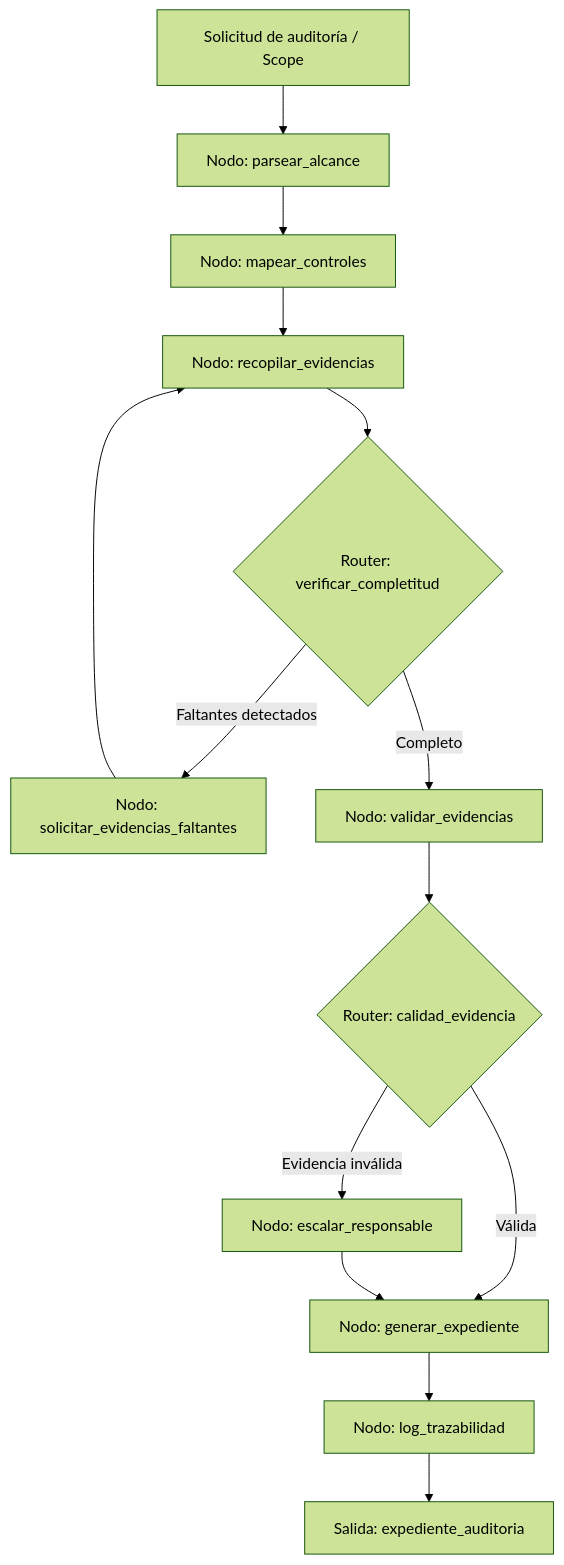
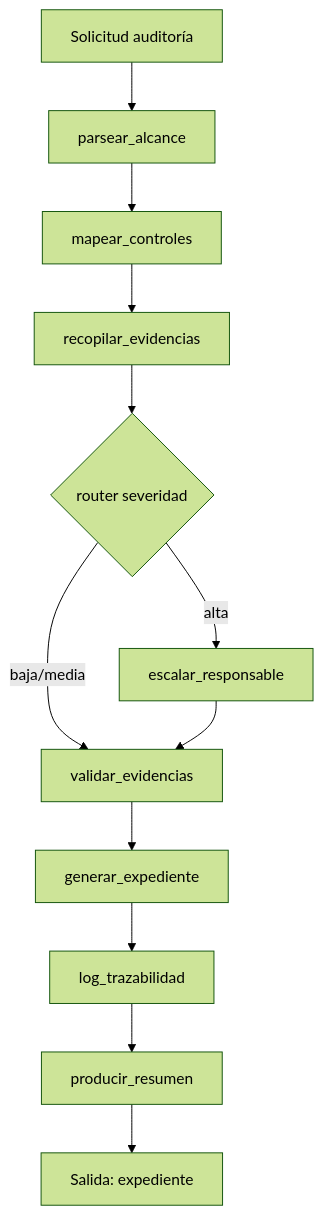
The diagram in cases/06-compliance-auditorias/README.md (vladimiracunadev-create/langgraph-realworld), drawn with Mermaid (forest theme) before and after one commit. The commit also changed other lines of this file and 25 other files, not shown here.

````diff
--- a/cases/06-compliance-auditorias/README.md
+++ b/cases/06-compliance-auditorias/README.md
@@ -16,16 +16,14 @@
 ```mermaid
 graph TD
-    A[Solicitud de auditoría / Scope] --> B[Nodo: parsear_alcance]
-    B --> C[Nodo: mapear_controles]
-    C --> D[Nodo: recopilar_evidencias]
-    D --> E{Router: verificar_completitud}
-    E -->|Faltantes detectados| F[Nodo: solicitar_evidencias_faltantes]
-    F --> D
-    E -->|Completo| G[Nodo: validar_evidencias]
-    G --> H{Router: calidad_evidencia}
-    H -->|Evidencia inválida| I[Nodo: escalar_responsable]
-    H -->|Válida| J[Nodo: generar_expediente]
-    I --> J
-    J --> K[Nodo: log_trazabilidad]
-    K --> L[Salida: expediente_auditoria]
+    A[Solicitud auditoría] --> B[parsear_alcance]
+    B --> C[mapear_controles]
+    C --> D[recopilar_evidencias]
+    D --> E{router severidad}
+    E -->|alta| F[escalar_responsable]
+    E -->|baja/media| G[validar_evidencias]
+    F --> G
+    G --> H[generar_expediente]
+    H --> I[log_trazabilidad]
+    I --> J[producir_resumen]
+    J --> K[Salida: expediente]
 ```
````
